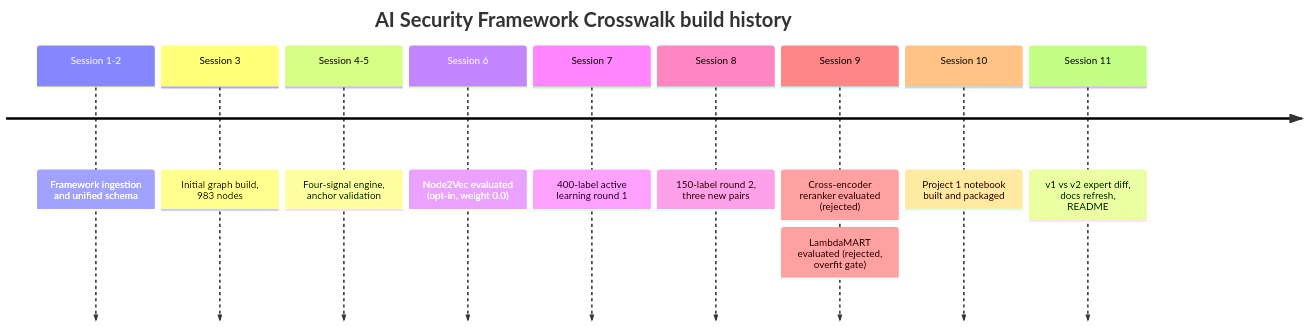
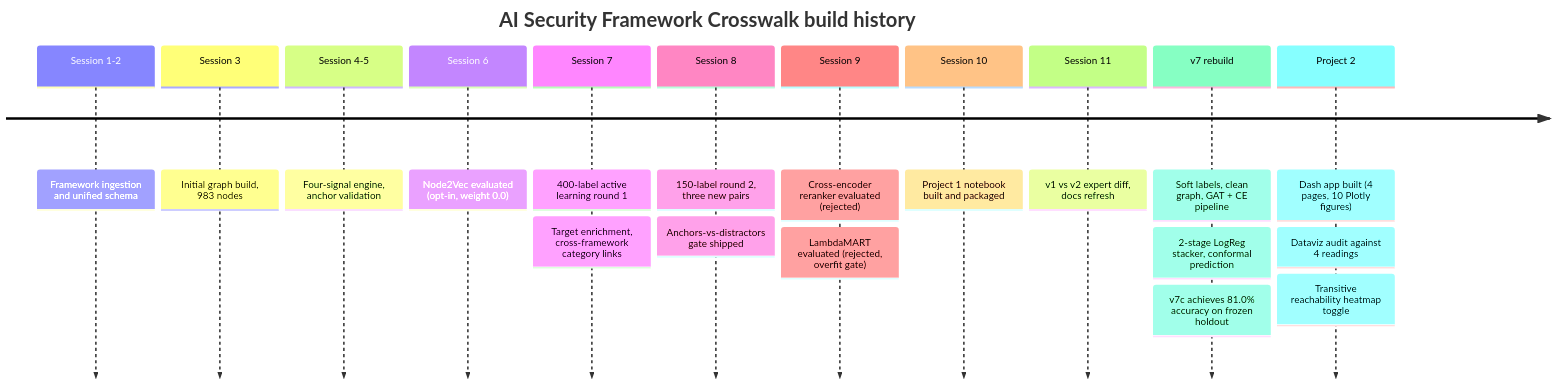
Before and after one commit to rocklambros/ai-security-framework-crosswalk: the third of 3 diagrams in README.md, drawn with Mermaid. The commit also changed other lines of this file and 3 other files, not shown here.

````diff
--- a/README.md
+++ b/README.md
@@ -367,14 +291,22 @@
 ```mermaid
 timeline
     title AI Security Framework Crosswalk build history
     Session 1-2  : Framework ingestion and unified schema
     Session 3    : Initial graph build, 983 nodes
     Session 4-5  : Four-signal engine, anchor validation
     Session 6    : Node2Vec evaluated (opt-in, weight 0.0)
     Session 7    : 400-label active learning round 1
+                 : Target enrichment, cross-framework category links
     Session 8    : 150-label round 2, three new pairs
+                 : Anchors-vs-distractors gate shipped
     Session 9    : Cross-encoder reranker evaluated (rejected)
                  : LambdaMART evaluated (rejected, overfit gate)
     Session 10   : Project 1 notebook built and packaged
-    Session 11   : v1 vs v2 expert diff, docs refresh, README
+    Session 11   : v1 vs v2 expert diff, docs refresh
+    v7 rebuild   : Soft labels, clean graph, GAT + CE pipeline
+                 : 2-stage LogReg stacker, conformal prediction
+                 : v7c achieves 81.0% accuracy on frozen holdout
+    Project 2    : Dash app built (4 pages, 10 Plotly figures)
+                 : Dataviz audit against 4 readings
+                 : Transitive reachability heatmap toggle
 ```
````
